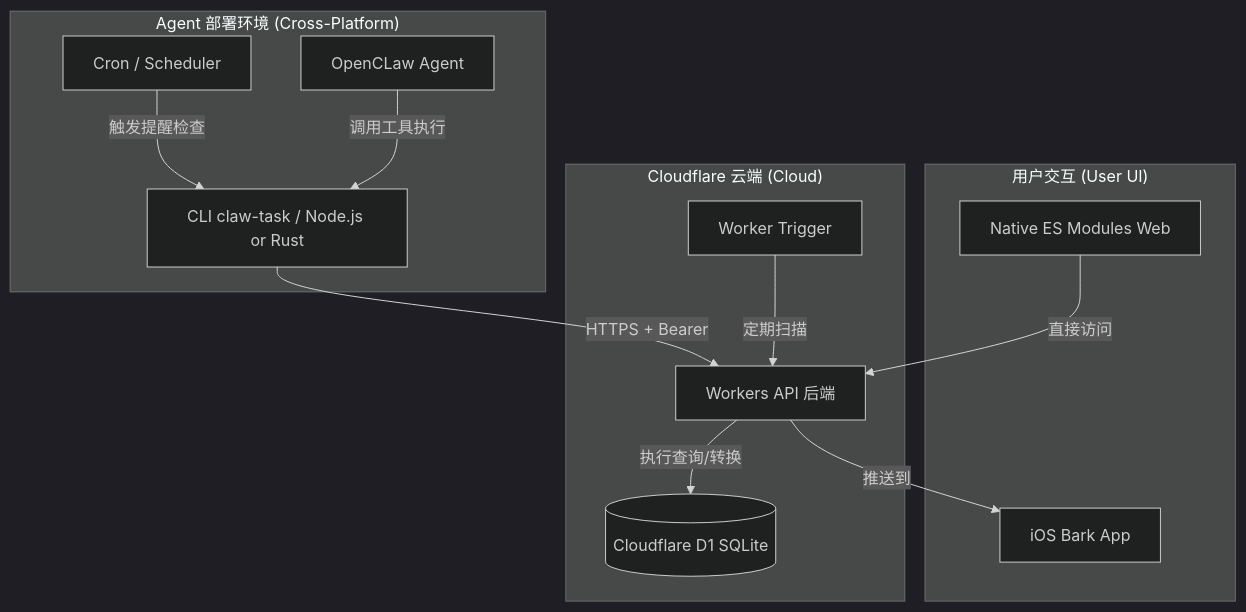
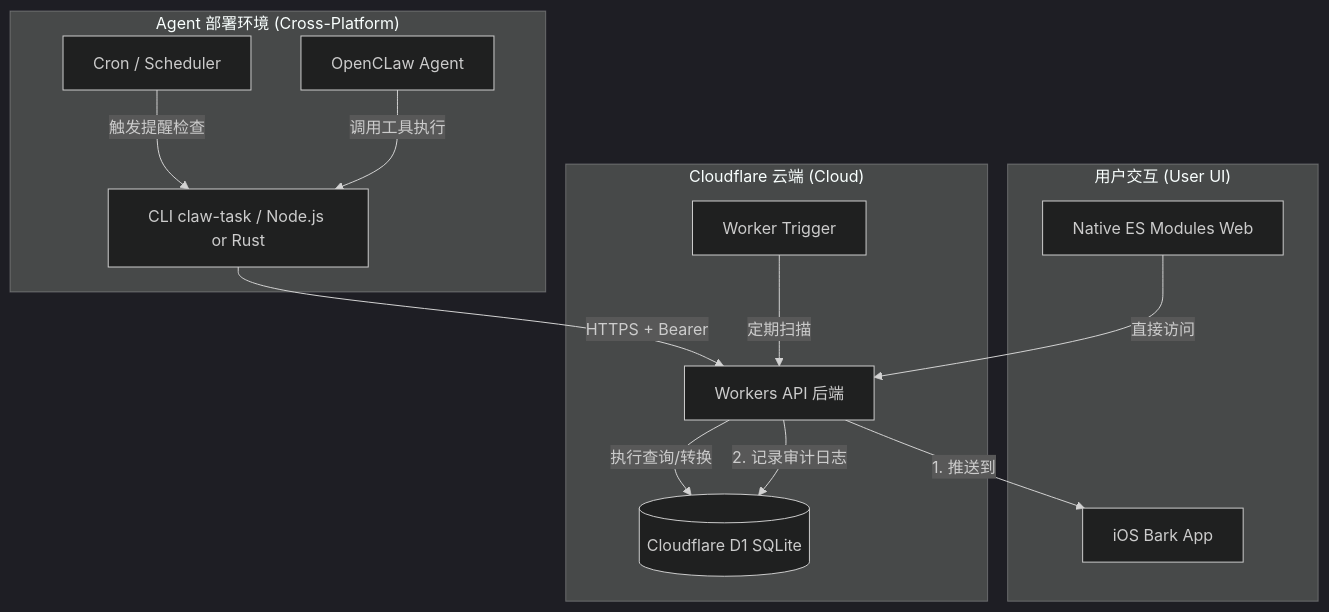
One commit to gray0128/claw-owner-task changed the diagram in docs/技术架构.md. Above: the diagram before and after it, drawn with Mermaid (dark theme). The commit also changed other lines of this file and 17 other files, not shown here.

````diff
--- a/docs/技术架构.md
+++ b/docs/技术架构.md
@@ -5,29 +5,30 @@
 ```mermaid
 graph TB
     subgraph "Agent 部署环境 (Cross-Platform)"
         CLI[CLI claw-task / Node.js or Rust]
         OpenCLaw[OpenCLaw Agent]
         LocalCron[Cron / Scheduler]
     end
 
     subgraph "用户交互 (User UI)"
         Web[Native ES Modules Web]
         Bark[iOS Bark App]
     end
 
     subgraph "Cloudflare 云端 (Cloud)"
         Workers[Workers API 后端]
         CloudCron[Worker Trigger]
         D1[(Cloudflare D1 SQLite)]
     end
 
     LocalCron -->|触发提醒检查| CLI
     CLI -->|HTTPS + Bearer| Workers
     Workers -->|执行查询/转换| D1
     
     CloudCron -->|定期扫描| Workers
-    Workers -->|推送到| Bark
+    Workers -->|1. 推送到| Bark
+    Workers -->|2. 记录审计日志| D1
     
     Web -->|直接访问| Workers
     OpenCLaw -->|调用工具执行| CLI
 ```
````
